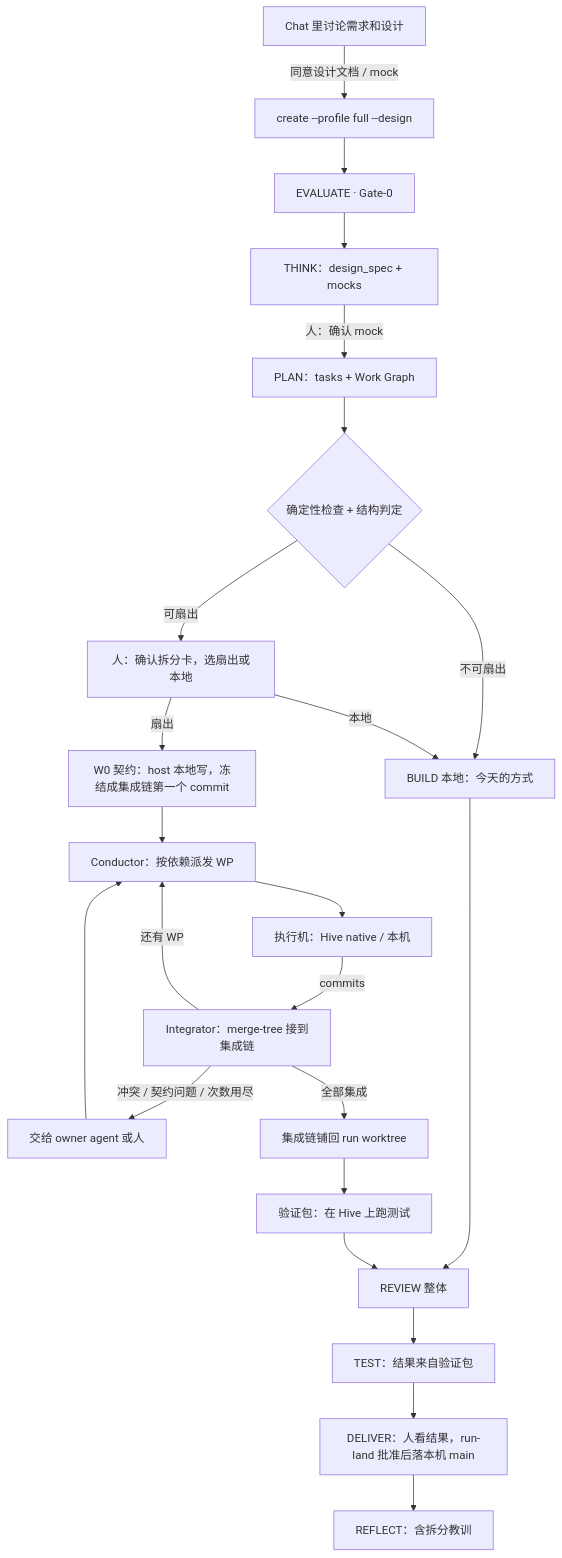
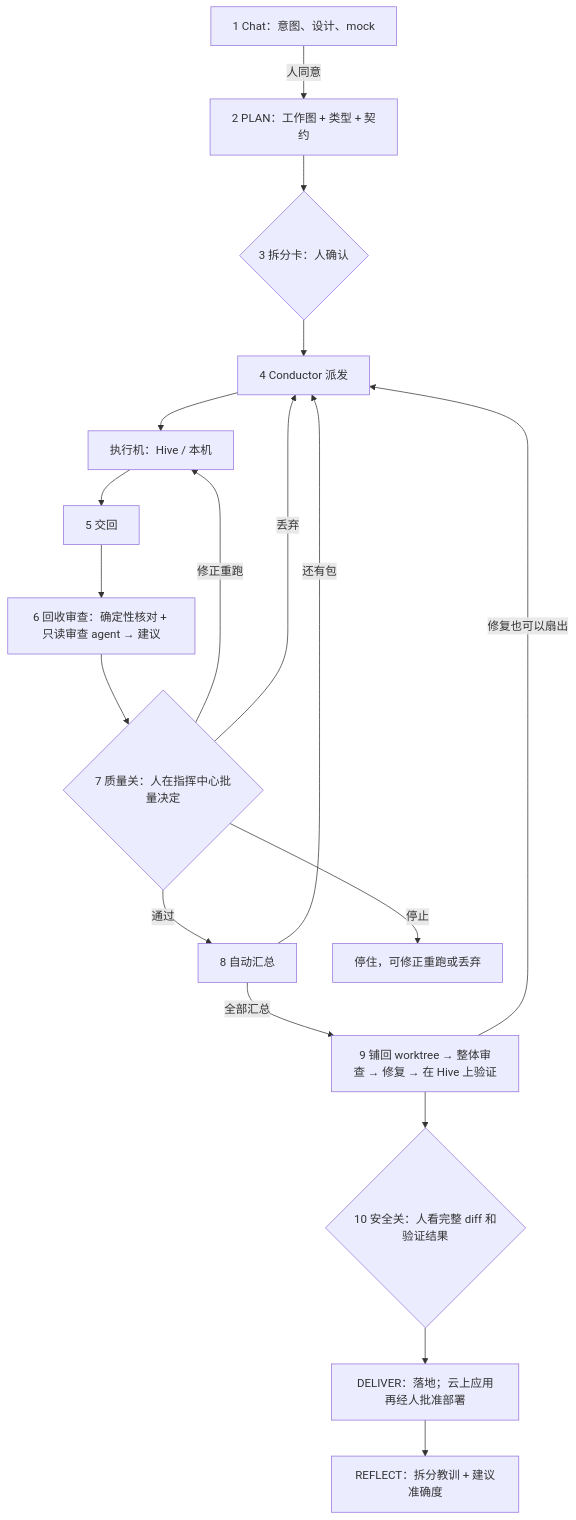
The first of 2 diagrams in docs/design/2026-10-31-swarm-run.md (xg-gh-25/SwarmAI), drawn with Mermaid before and after one commit. The commit also changed other lines of this file, not shown here.

First line of the commit message:
docs(design): Swarm Run r4 — per-package return review, batch decisions, consolidation, work-package kinds

````diff
--- a/docs/design/2026-10-31-swarm-run.md
+++ b/docs/design/2026-10-31-swarm-run.md
@@ -112,25 +121,20 @@
 ```mermaid
 flowchart TD
-  C[Chat 里讨论需求和设计] -->|同意设计文档 / mock| E[create --profile full --design]
-  E --> EV[EVALUATE · Gate-0]
-  EV --> TH[THINK：design_spec + mocks]
-  TH -->|人：确认 mock| PL[PLAN：tasks + Work Graph]
-  PL --> V{确定性检查 + 结构判定}
-  V -->|不可扇出| BL[BUILD 本地：今天的方式]
-  V -->|可扇出| PC[人：确认拆分卡，选扇出或本地]
-  PC -->|本地| BL
-  PC -->|扇出| W0[W0 契约：host 本地写，冻结成集成链第一个 commit]
-  W0 --> CD[Conductor：按依赖派发 WP]
-  CD --> X1[执行机：Hive native / 本机]
-  X1 -->|commits| IN[Integrator：merge-tree 接到集成链]
-  IN -->|还有 WP| CD
-  IN -->|冲突 / 契约问题 / 次数用尽| WK[交给 owner agent 或人]
-  WK --> CD
-  IN -->|全部集成| MT[集成链铺回 run worktree]
-  MT --> VF[验证包：在 Hive 上跑测试]
-  BL --> RV
-  VF --> RV[REVIEW 整体]
-  RV --> TS[TEST：结果来自验证包]
-  TS --> DL[DELIVER：人看结果，run-land 批准后落本机 main]
-  DL --> RF[REFLECT：含拆分教训]
+  I[1 Chat：意图、设计、mock] -->|人同意| P[2 PLAN：工作图 + 类型 + 契约]
+  P --> S{3 拆分卡：人确认}
+  S --> D[4 Conductor 派发]
+  D --> X[执行机：Hive / 本机]
+  X --> R[5 交回]
+  R --> RR[6 回收审查：确定性核对 + 只读审查 agent → 建议]
+  RR --> V{7 质量关：人在指挥中心批量决定}
+  V -->|通过| C[8 自动汇总]
+  V -->|修正重跑| X
+  V -->|停止| ST[停住，可修正重跑或丢弃]
+  V -->|丢弃| D
+  C -->|还有包| D
+  C -->|全部汇总| O[9 铺回 worktree → 整体审查 → 修复 → 在 Hive 上验证]
+  O -->|修复也可以扇出| D
+  O --> G{10 安全关：人看完整 diff 和验证结果}
+  G --> DL[DELIVER：落地；云上应用再经人批准部署]
+  DL --> RF[REFLECT：拆分教训 + 建议准确度]
 ```
````
